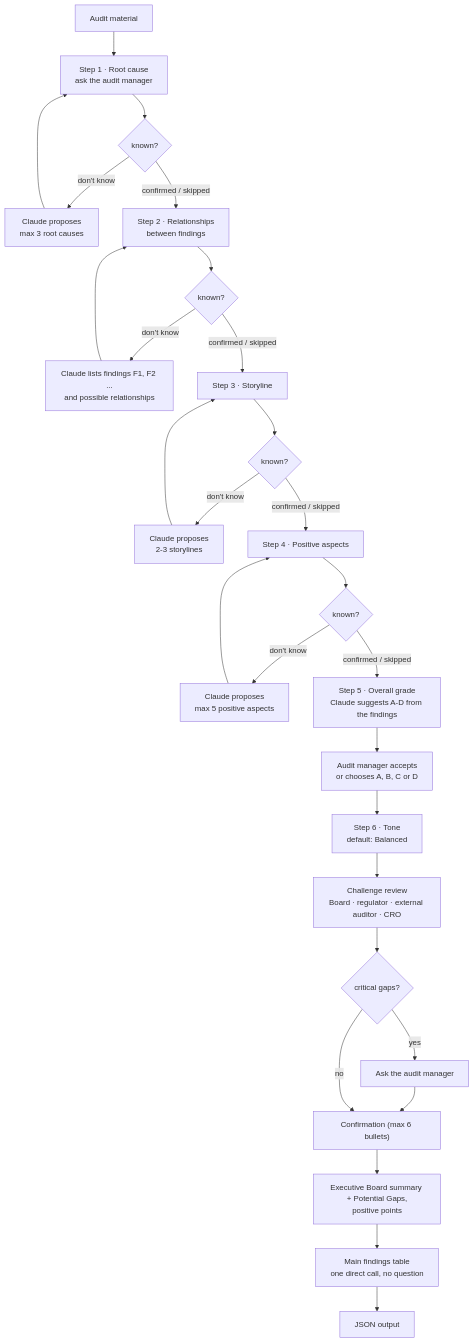
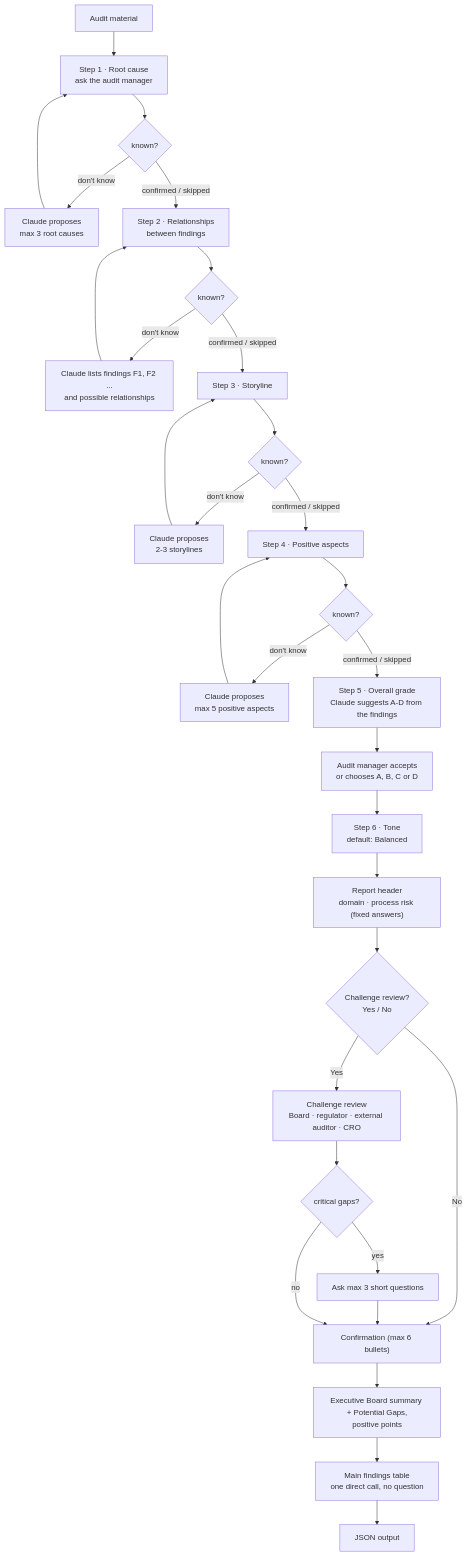
The diagram in README.md (SAAF-Project/Executive-Summary-Writer), drawn with Mermaid before and after one commit. The commit also changed other lines of this file and 22 other files, not shown here.

First line of the commit message:
Optional challenge review, report header, and fixed answers as options

````diff
--- a/README.md
+++ b/README.md
@@ -77,24 +77,26 @@
 ```mermaid
 flowchart TD
     M[Audit material] --> Q1
     Q1["Step 1 · Root cause<br/>ask the audit manager"] --> I1{known?}
     I1 -- "don't know" --> P1["Claude proposes<br/>max 3 root causes"] --> Q1
     I1 -- "confirmed / skipped" --> Q2
     Q2["Step 2 · Relationships<br/>between findings"] --> I2{known?}
     I2 -- "don't know" --> P2["Claude lists findings F1, F2 ...<br/>and possible relationships"] --> Q2
     I2 -- "confirmed / skipped" --> Q3
     Q3["Step 3 · Storyline"] --> I3{known?}
     I3 -- "don't know" --> P3["Claude proposes<br/>2-3 storylines"] --> Q3
     I3 -- "confirmed / skipped" --> Q4
     Q4["Step 4 · Positive aspects"] --> I4{known?}
     I4 -- "don't know" --> P4["Claude proposes<br/>max 5 positive aspects"] --> Q4
     I4 -- "confirmed / skipped" --> P5
     P5["Step 5 · Overall grade<br/>Claude suggests A-D from the findings"] --> Q5["Audit manager accepts<br/>or chooses A, B, C or D"]
     Q5 --> Q6
-    Q6["Step 6 · Tone<br/>default: Balanced"] --> C
-    C["Challenge review<br/>Board · regulator · external auditor · CRO"] --> G{critical gaps?}
-    G -- yes --> A["Ask the audit manager"] --> S
+    Q6["Step 6 · Tone<br/>default: Balanced"] --> H["Report header<br/>domain · process risk (fixed answers)"]
+    H --> O{"Challenge review?<br/>Yes / No"}
+    O -- No --> S
+    O -- Yes --> C["Challenge review<br/>Board · regulator · external auditor · CRO"] --> G{critical gaps?}
+    G -- yes --> A["Ask max 3 short questions"] --> S
     G -- no --> S
     S["Confirmation (max 6 bullets)"] --> W["Executive Board summary + Potential Gaps,<br/>positive points"]
     W --> F["Main findings table<br/>one direct call, no question"] --> J["JSON output"]
 ```
````
